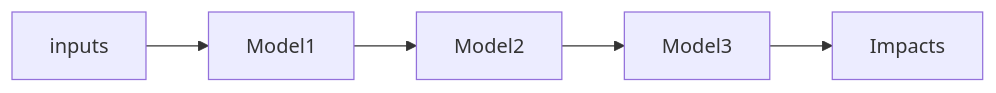
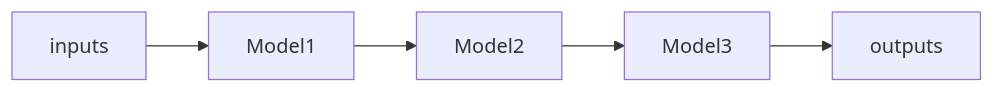
One commit to Green-Software-Foundation/if changed the diagram in docs/Model Pipeline.md. Above: the diagram before and after it, drawn with Mermaid. The commit also changed 22 other files, not shown here.

````diff
--- a/docs/Model Pipeline.md
+++ b/docs/Model Pipeline.md
@@ -21,4 +21,4 @@
 ```mermaid 
 flowchart LR
-inputs --> Model1 --> Model2 --> Model3 --> Impacts
+inputs --> Model1 --> Model2 --> Model3 --> outputs
 ```
````
